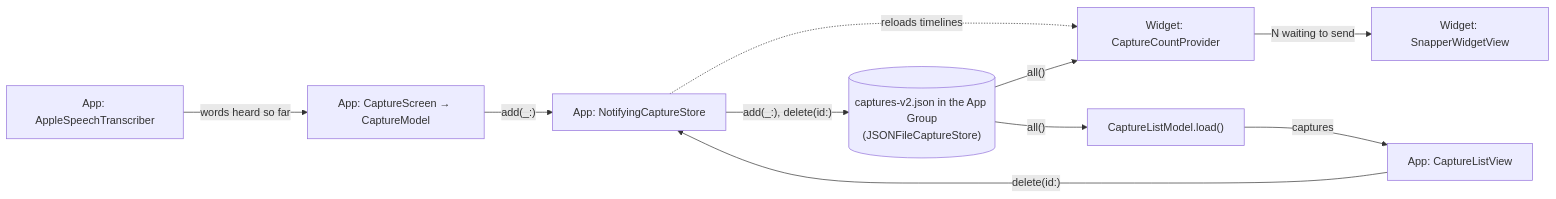
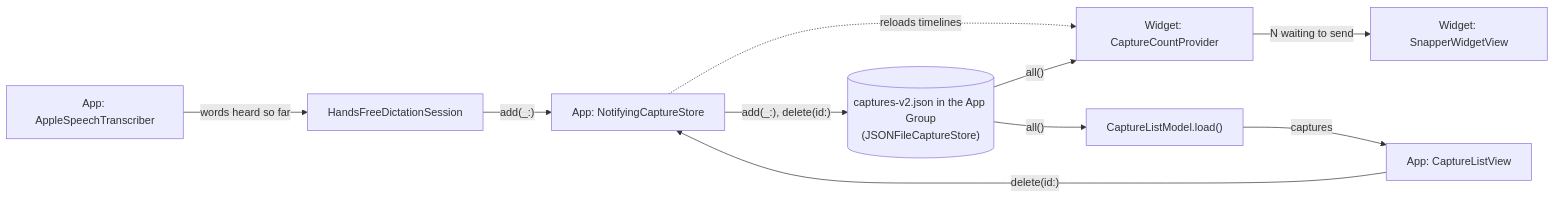
The second of 6 diagrams in docs/architecture.md (southp/buffer-snap), drawn with Mermaid before and after one commit. The commit also changed other lines of this file and 3 other files, not shown here.

First line of the commit message:
Docs: Describe the app as the list, with capture only from outside it

````diff
--- a/docs/architecture.md
+++ b/docs/architecture.md
@@ -111,12 +109,12 @@
 ```mermaid
 flowchart LR
     Mic["App: AppleSpeechTranscriber"] -->|"words heard so far"| Capture
-    Capture["App: CaptureScreen → CaptureModel"] -->|"add(_:)"| Notifying["App: NotifyingCaptureStore"]
+    Capture["HandsFreeDictationSession"] -->|"add(_:)"| Notifying["App: NotifyingCaptureStore"]
     Delete["App: CaptureListView"] -->|"delete(id:)"| Notifying
     Notifying -->|"add(_:), delete(id:)"| Store[("captures-v2.json in the App Group<br/>(JSONFileCaptureStore)")]
     Notifying -.->|"reloads timelines"| Timeline["Widget: CaptureCountProvider"]
     Store -->|"all()"| Timeline
     Timeline -->|"N waiting to send"| Face["Widget: SnapperWidgetView"]
     Store -->|"all()"| List["CaptureListModel.load()"]
     List -->|captures| Delete
 ```
````
